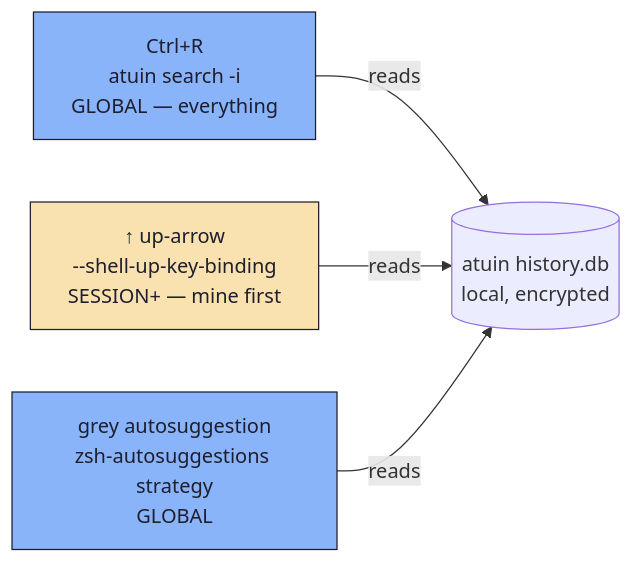
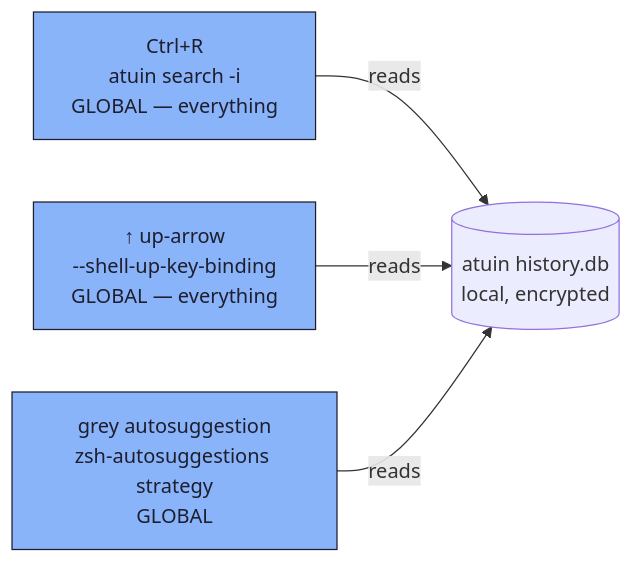
The first of 2 diagrams in doc/atuin.md (raxetul/dotfiles), drawn with Mermaid before and after one commit. The commit also changed other lines of this file and 1 other file, not shown here.

````diff
--- a/doc/atuin.md
+++ b/doc/atuin.md
@@ -21,13 +24,11 @@
 ```mermaid
 flowchart LR
     DB[(atuin history.db<br/>local, encrypted)]
 
     CtrlR["Ctrl+R<br/>atuin search -i<br/>GLOBAL — everything"] -->|reads| DB
-    UpKey["↑ up-arrow<br/>--shell-up-key-binding<br/>SESSION+ — mine first"] -->|reads| DB
+    UpKey["↑ up-arrow<br/>--shell-up-key-binding<br/>GLOBAL — everything"] -->|reads| DB
     Suggest["grey autosuggestion<br/>zsh-autosuggestions strategy<br/>GLOBAL"] -->|reads| DB
 
     classDef surface fill:#89b4fa,stroke:#1e1e2e,color:#1e1e2e
-    classDef narrowed fill:#f9e2af,stroke:#1e1e2e,color:#1e1e2e
-    class CtrlR,Suggest surface
-    class UpKey narrowed
+    class CtrlR,Suggest,UpKey surface
 ```
````
